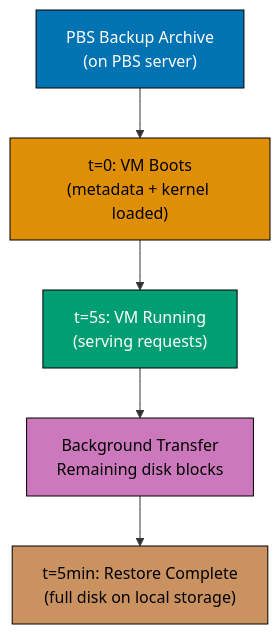
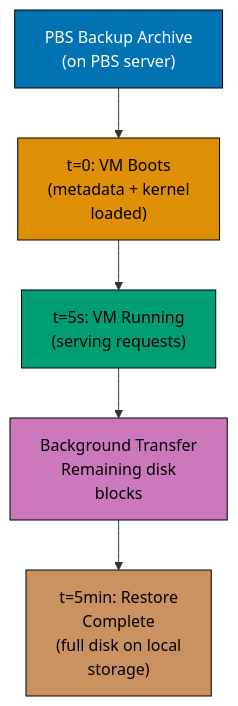
The ninth of 9 diagrams in apps/ayokoding-www/content/en/learn/legacy/software-engineering/infrastructure/tools/proxmox/by-example/intermediate.md (wahidyankf/ose-public), drawn with Mermaid before and after one commit. The commit also changed other lines of this file and 131 other files, not shown here.

First line of the commit message:
fix(mermaid): bring the legacy data, infrastructure, and testing diagrams onto the accessible palette

````diff
--- a/apps/ayokoding-www/content/en/learn/legacy/software-engineering/infrastructure/tools/proxmox/by-example/intermediate.md
+++ b/apps/ayokoding-www/content/en/learn/legacy/software-engineering/infrastructure/tools/proxmox/by-example/intermediate.md
@@ -1248,14 +1304,22 @@
 ```mermaid
 %% Color Palette: Blue #0173B2, Orange #DE8F05, Teal #029E73, Purple #CC78BC, Brown #CA9161
 graph TD
-    A["PBS Backup Archive<br/>(on PBS server)"] --> B["t=0: VM Boots<br/>(metadata + kernel loaded)"]
+    accTitle: Example 50: Restore a VM Backup with Live-Restore from PBS
+    accDescr: Graph with 5 nodes and 4 connections. Nodes: PBS Backup Archive (on PBS server), t=0: VM Boots (metadata + kernel loaded), t=5s: VM Running (serving requests), Background Transfer Remaining disk blocks, t=5min: Restore Complete (full disk on local storage). Connections: PBS Backup Archive (on PBS server) to t=0: VM Boots (metadata + kernel loaded), t=0: VM Boots (metadata + kernel loaded) to t=5s: VM Running (serving requests), t=5s: VM Running (serving requests) to Background Transfer Remaining disk blocks, Background Transfer Remaining disk blocks to t=5min: Restore Complete (full disk on local storage).
+    A["PBS Backup Archive<br/>(on PBS server)"] --> B["t=0: VM Boots<br/>(metadata + kernel<br/>loaded)"]
     B --> C["t=5s: VM Running<br/>(serving requests)"]
-    C --> D["Background Transfer<br/>Remaining disk blocks"]
-    D --> E["t=5min: Restore Complete<br/>(full disk on local storage)"]
+    C --> D["Background Transfer<br/>Remaining disk<br/>blocks"]
+    D --> E["t=5min: Restore<br/>Complete<br/>(full disk on local<br/>storage)"]
 
-    style A fill:#0173B2,color:#fff,stroke:#000
-    style B fill:#DE8F05,color:#000,stroke:#000
-    style C fill:#029E73,color:#fff,stroke:#000
-    style D fill:#CC78BC,color:#000,stroke:#000
-    style E fill:#CA9161,color:#000,stroke:#000
+    classDef pal-0173B2 fill:#0173B2,stroke:#000000,color:#FFFFFF
+    class A pal-0173B2
+    classDef pal-DE8F05 fill:#DE8F05,stroke:#000000,color:#000000
+    class B pal-DE8F05
+    classDef pal-029E73 fill:#029E73,stroke:#000000,color:#000000
+    class C pal-029E73
+    classDef pal-CC78BC fill:#CC78BC,stroke:#000000,color:#000000
+    class D pal-CC78BC
+    classDef pal-CA9161 fill:#CA9161,stroke:#000000,color:#000000
+    class E pal-CA9161
+    classDef default fill:#FFFFFF,stroke:#000000,color:#000000
 ```
````
